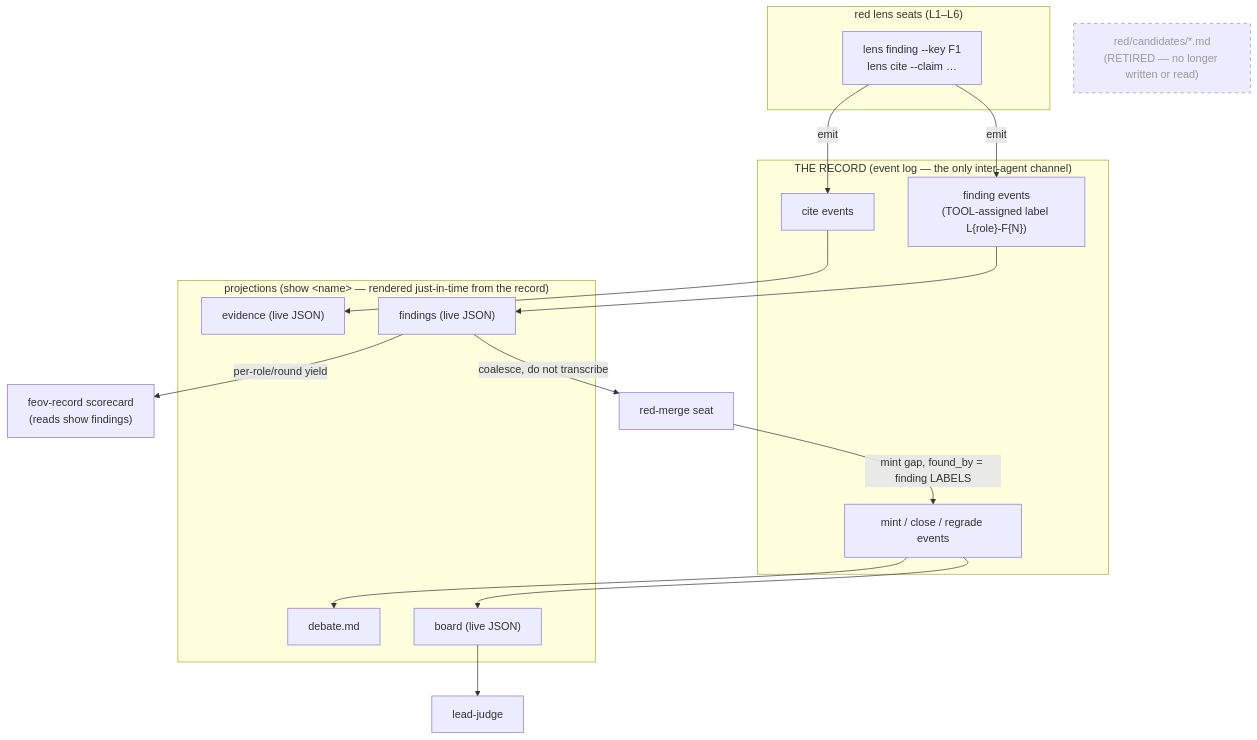
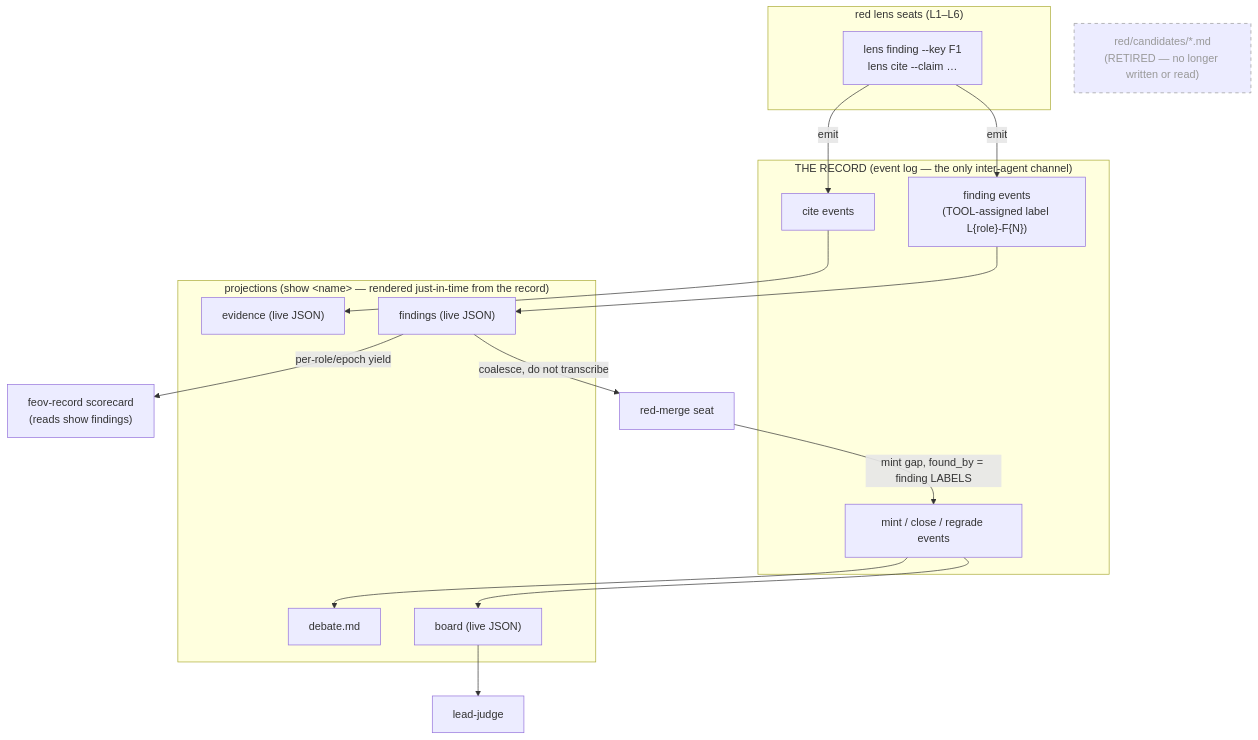
The first of 2 diagrams in plugins/frank-exchange-of-views/docs/record-flow.md (ctoforaday/special-circumstances), drawn with Mermaid before and after one commit. The commit also changed 43 other files, not shown here.

````diff
--- a/plugins/frank-exchange-of-views/docs/record-flow.md
+++ b/plugins/frank-exchange-of-views/docs/record-flow.md
@@ -11,35 +11,35 @@
 ```mermaid
 flowchart TB
   subgraph lenses["red lens seats (L1–L6)"]
     L["lens finding --key F1<br/>lens cite --claim …"]
   end
   subgraph record["THE RECORD (event log — the only inter-agent channel)"]
     FE["finding events<br/>(TOOL-assigned label L{role}-F{N})"]
     CE["cite events"]
     ME["mint / close / regrade events"]
   end
   subgraph views["projections (show &lt;name&gt; — rendered just-in-time from the record)"]
     FV["findings (live JSON)"]
     CL["evidence (live JSON)"]
     BD["board (live JSON)"]
     DBT["debate.md"]
   end
   merge["red-merge seat"]
   score["feov-record scorecard<br/>(reads show findings)"]
   bench["lead-judge"]
 
   L -->|emit| FE
   L -->|emit| CE
   FE --> FV
   CE --> CL
   ME --> BD
   FV -->|coalesce, do not transcribe| merge
   merge -->|mint gap, found_by = finding LABELS| ME
-  FV -->|per-role/round yield| score
+  FV -->|per-role/epoch yield| score
   BD --> bench
   ME --> DBT
 
   X["red/candidates/*.md<br/>(RETIRED — no longer written or read)"]
   class X retired
   classDef retired stroke-dasharray:5 5,color:#999,stroke:#999
 ```
````
